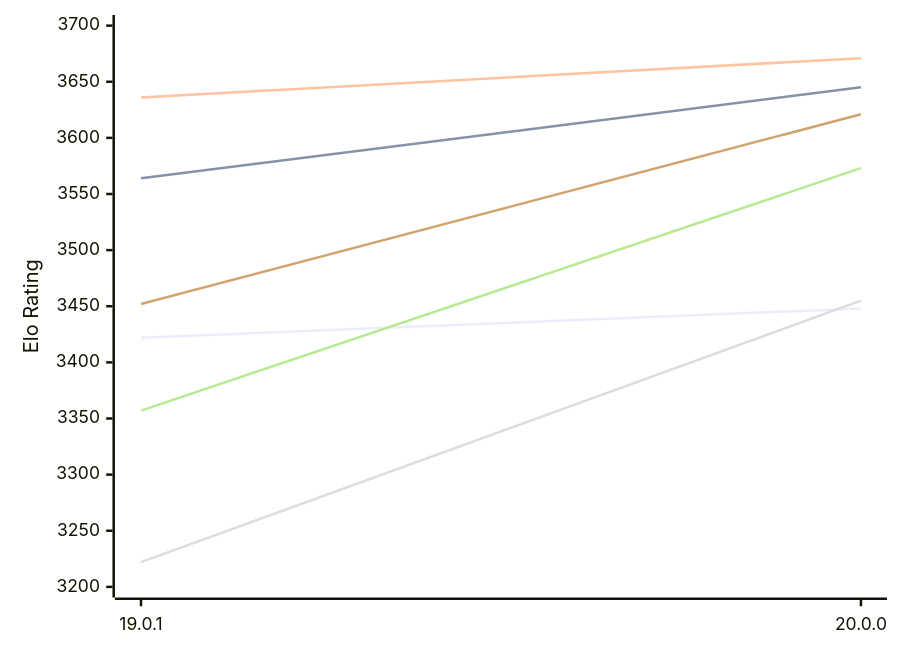
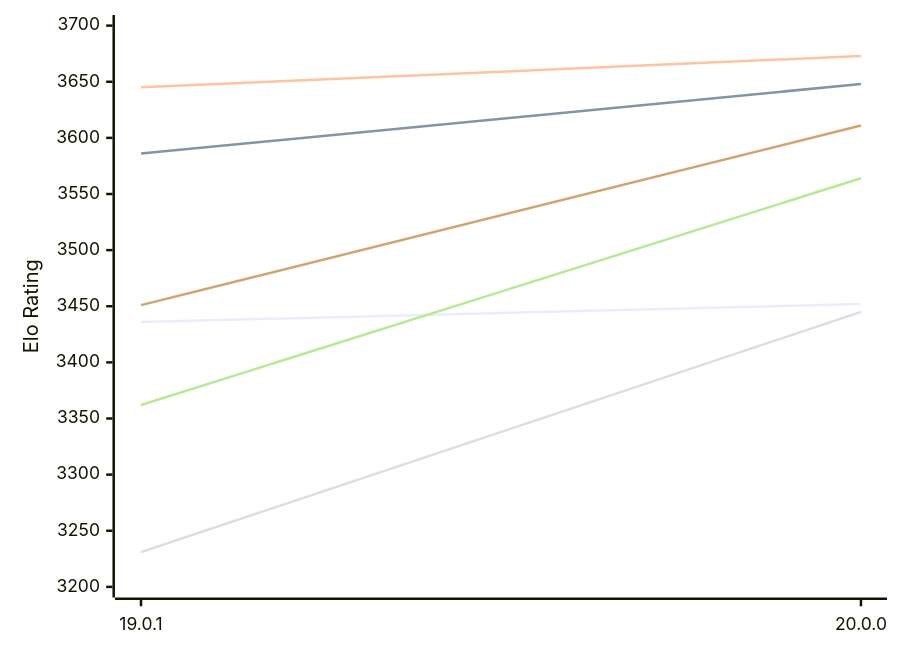
Before and after one commit to computer-chess-index/cci: the first of 2 diagrams in engines/Viridithas.md, drawn with Mermaid. The commit also changed other lines of this file, not shown here.

Commit message:
Update CCI Ratings (ELO VLTC) - 2026-11-15

````diff
--- a/engines/Viridithas.md
+++ b/engines/Viridithas.md
@@ -58,12 +58,12 @@
 ```mermaid
 %%{init: {"theme":"base","themeVariables":{"seriesColors:['#a3a3a3','#222221','#faa371']}}}%%
 xychart-beta
   x-axis ["19.0.1", "20.0.0"]
   y-axis "Elo Rating" 3200 --> 3700
-  line "E1: STC (8.0+0.08s)" [3422, 3448]
-  line "E1: LTC (60.0+0.60s)" [3564, 3645]
-  line "E1: VLTC (2m24s+1.12s)" [3636, 3671]
-  line "P1: STC (8.0+0.08s)" [3222, 3455]
-  line "P1: LTC (60.0+0.60s)" [3357, 3573]
-  line "P1: VLTC (2m24s+1.12s)" [3452, 3621]
+  line "E1: STC (8.0+0.08s)" [3436, 3452]
+  line "E1: LTC (60.0+0.60s)" [3586, 3648]
+  line "E1: VLTC (2m24s+1.12s)" [3645, 3673]
+  line "P1: STC (8.0+0.08s)" [3231, 3445]
+  line "P1: LTC (60.0+0.60s)" [3362, 3564]
+  line "P1: VLTC (2m24s+1.12s)" [3451, 3611]
 ```
````
